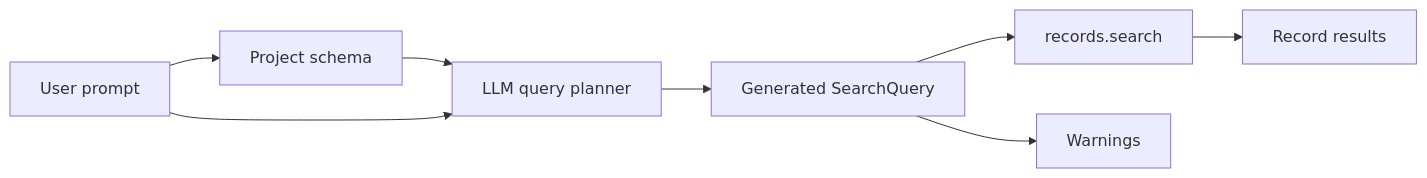
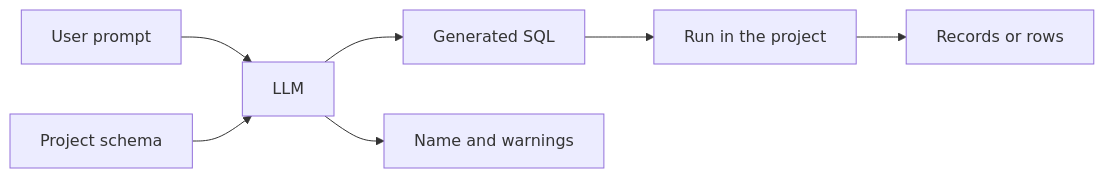
The diagram in docs/learn/search-query/smart-search.mdx (rush-db/docs), drawn with Mermaid before and after one commit. The commit also changed other lines of this file and 623 other files, not shown here.

````diff
--- a/docs/learn/search-query/smart-search.mdx
+++ b/docs/learn/search-query/smart-search.mdx
@@ -25,11 +30,10 @@
 ```mermaid
 flowchart LR
-  A[User prompt] --> B[Project schema]
-  B --> C[LLM query planner]
-  A --> C
-  C --> D[Generated SearchQuery]
-  D --> E[records.search]
-  E --> F[Record results]
+  A[User prompt] --> C[LLM]
+  B[Project schema] --> C
+  C --> D[Generated SQL]
+  D --> E[Run in the project]
+  E --> F[Records or rows]
 
-  D --> G[Warnings]
+  C --> G[Name and warnings]
 ```
````
